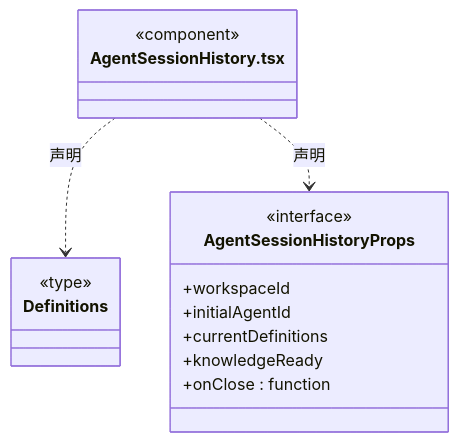
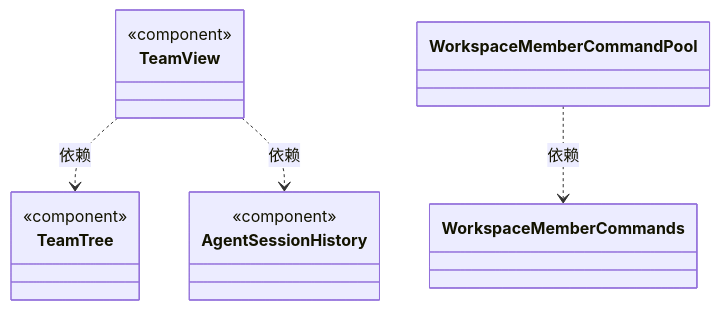
One commit to nan023062/cbim changed the diagram in src/view/team/ARCHITECTURE.md. Above: the diagram before and after it, drawn with Mermaid. The commit also changed other lines of this file and 158 other files, not shown here.

Commit message:
docs: model architecture through nested virtual encapsulations

````diff
--- a/src/view/team/ARCHITECTURE.md
+++ b/src/view/team/ARCHITECTURE.md
@@ -220,20 +23,22 @@
 ```mermaid
 classDiagram
-class N_src_view_team_AgentSessionHistory_tsx["AgentSessionHistory.tsx"] {
+class N_a70ec4aada79["TeamView"] {
   <<component>>
 }
-class N_src_view_team_AgentSessionHistory_tsx_Definitions["Definitions"] {
-  <<type>>
-
+click N_a70ec4aada79 href "TeamView.tsx"
+class N_bcd6626f48a0["TeamTree"] {
+  <<component>>
 }
-N_src_view_team_AgentSessionHistory_tsx ..> N_src_view_team_AgentSessionHistory_tsx_Definitions : 声明
-class N_src_view_team_AgentSessionHistory_tsx_AgentSessionHistoryProps["AgentSessionHistoryProps"] {
-  <<interface>>
-  +workspaceId
-  +initialAgentId
-  +currentDefinitions
-  +knowledgeReady
-  +onClose : function
+click N_bcd6626f48a0 href "TeamTree.tsx"
+class N_906b31c05b7a["AgentSessionHistory"] {
+  <<component>>
 }
-N_src_view_team_AgentSessionHistory_tsx ..> N_src_view_team_AgentSessionHistory_tsx_AgentSessionHistoryProps : 声明
+click N_906b31c05b7a href "AgentSessionHistory.tsx"
+class N_a57213a3f3dd["WorkspaceMemberCommands"]
+click N_a57213a3f3dd href "workspace-member-state.ts"
+class N_e4d0c19db0b9["WorkspaceMemberCommandPool"]
+click N_e4d0c19db0b9 href "workspace-member-state.ts"
+N_e4d0c19db0b9 ..> N_a57213a3f3dd : 依赖
+N_a70ec4aada79 ..> N_bcd6626f48a0 : 依赖
+N_a70ec4aada79 ..> N_906b31c05b7a : 依赖
 ```
````
